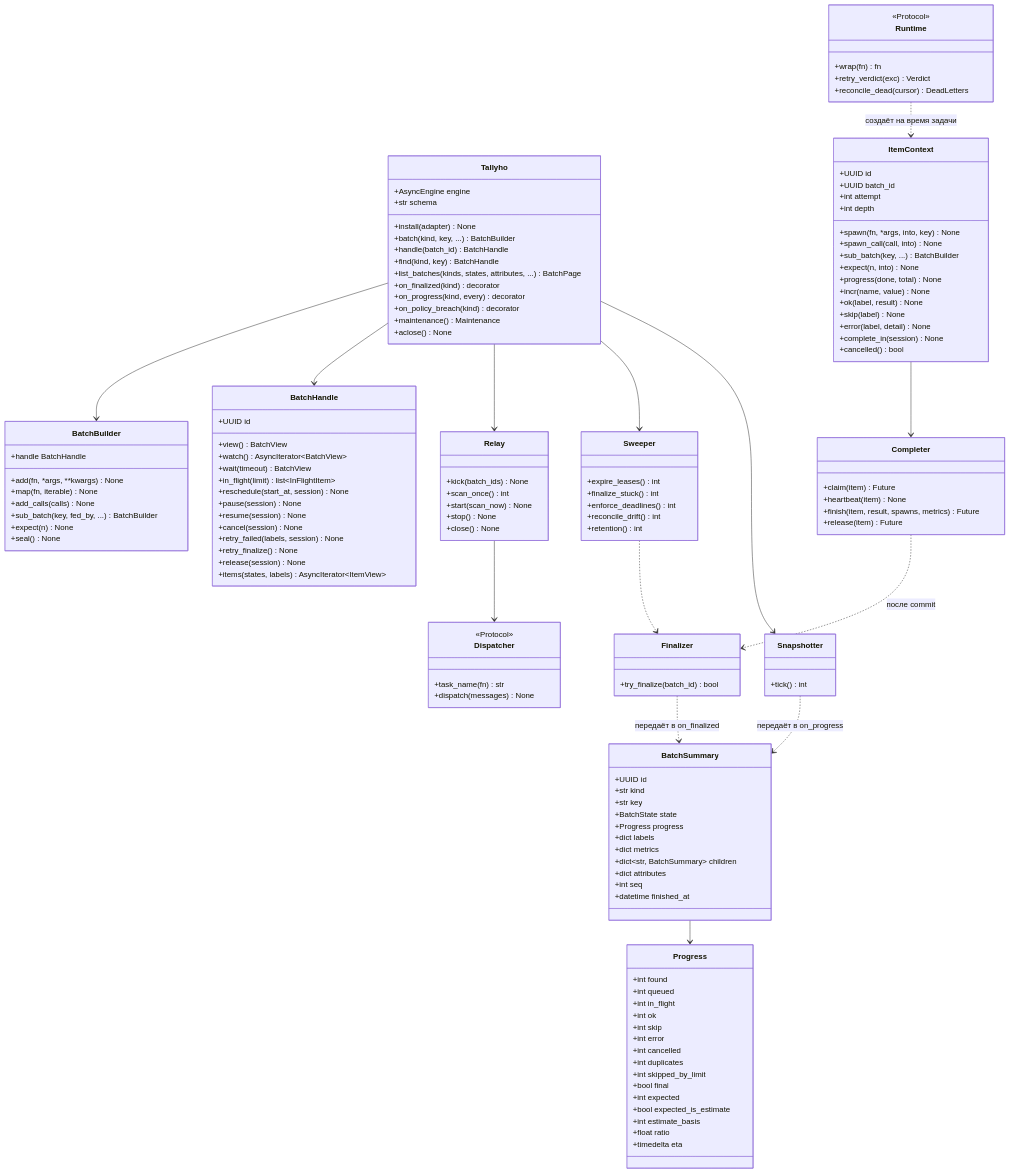
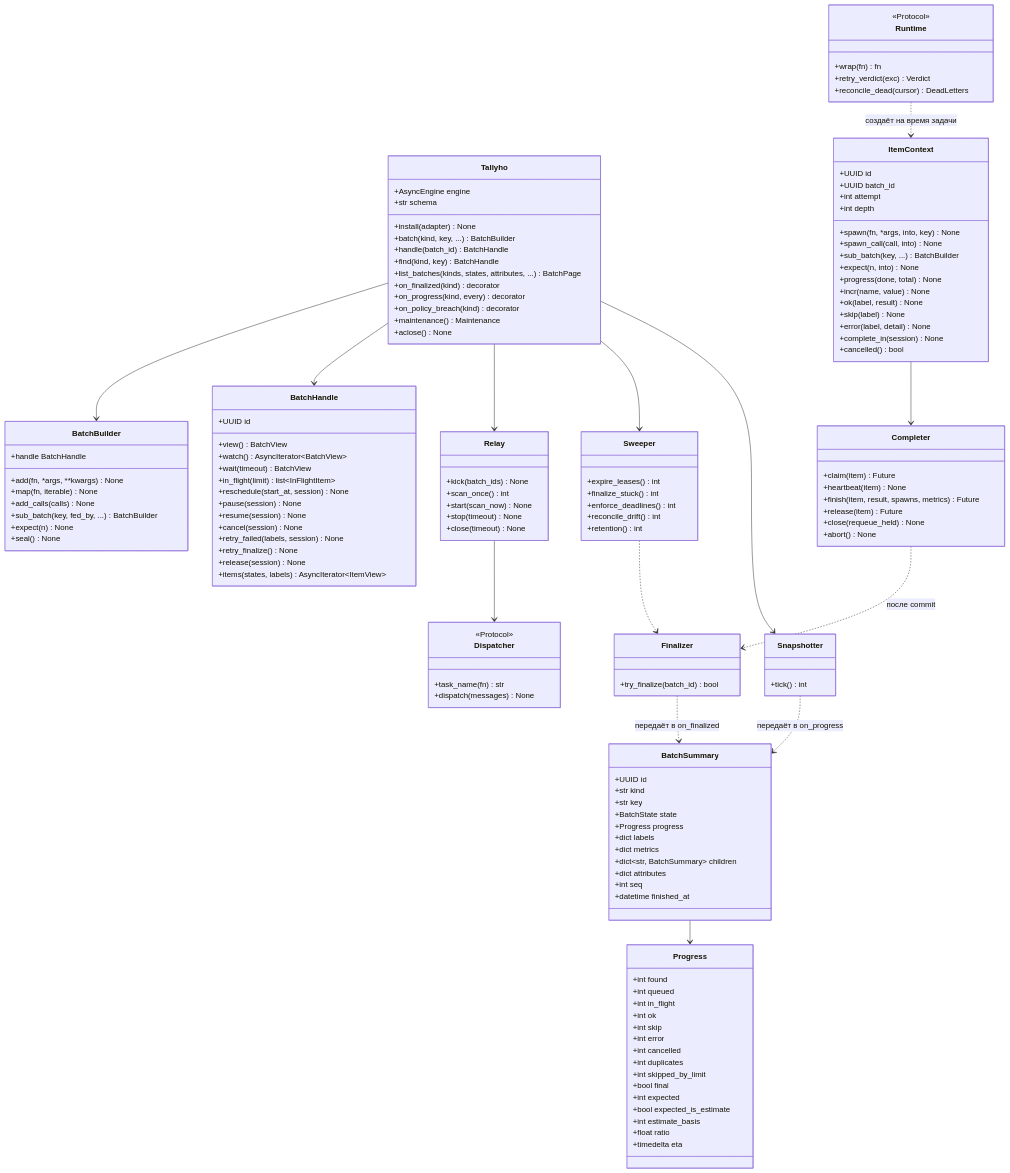
Before and after one commit to 0cherednoq/Tallyho: the fourth of 39 diagrams in docs/ARCHITECTURE.md, drawn with Mermaid. The commit also changed other lines of this file, not shown here.

First line of the commit message:
Fix-11: описать закрытие установки `th.aclose()` в ARCHITECTURE

```diff
--- a/docs/ARCHITECTURE.md
+++ b/docs/ARCHITECTURE.md
@@ -286,6 +287,8 @@
         +heartbeat(item) None
         +finish(item, result, spawns, metrics) Future
         +release(item) Future
+        +close(requeue_held) None
+        +abort() None
     }
     class Finalizer {
         +try_finalize(batch_id) bool
@@ -297,8 +300,8 @@
         +kick(batch_ids) None
         +scan_once() int
         +start(scan_now) None
-        +stop() None
-        +close() None
+        +stop(timeout) None
+        +close(timeout) None
     }
     class Sweeper {
         +expire_leases() int
```
